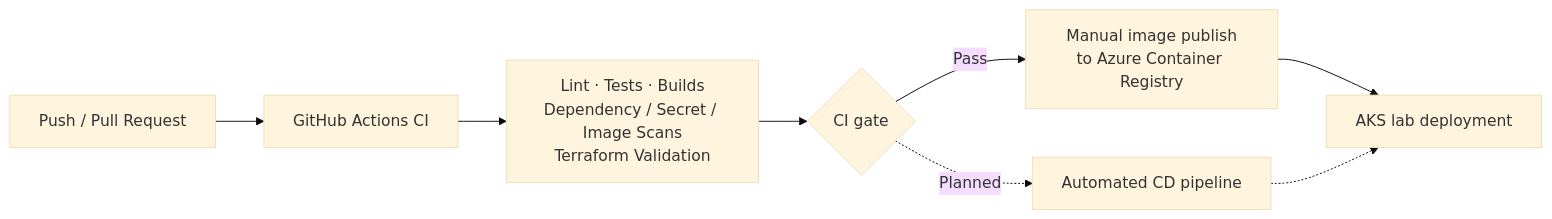
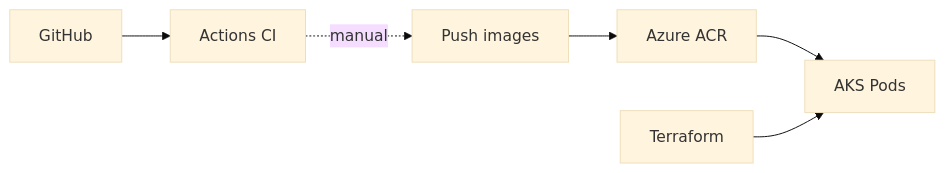
One commit to Fredrick-Tario/failsafe-ecommerce changed the sixth of 10 diagrams in README.md. Above: the diagram before and after it, drawn with Mermaid (base theme). The commit also changed other lines of this file and 1 other file, not shown here.

Commit message:
Edit: ROADMAP, README

````diff
--- a/README.md
+++ b/README.md
@@ -85,10 +237,8 @@
 ```mermaid
 flowchart LR
-    Push["Push / Pull Request"] --> CI["GitHub Actions CI"]
-    CI --> Checks["Lint · Tests · Builds<br/>Dependency / Secret / Image Scans<br/>Terraform Validation"]
-    Checks --> Gate{"CI gate"}
-    Gate -->|Pass| Manual["Manual image publish<br/>to Azure Container Registry"]
-    Manual --> AKS["AKS lab deployment"]
-    Gate -.->|Planned| CD["Automated CD pipeline"]
-    CD -.-> AKS
+    Git["GitHub"] --> CI["Actions CI"]
+    CI -. "manual" .-> Push["Push images"]
+    Push --> ACR["Azure ACR"]
+    ACR --> AKS["AKS Pods"]
+    TF["Terraform"] --> AKS
 ```
````
